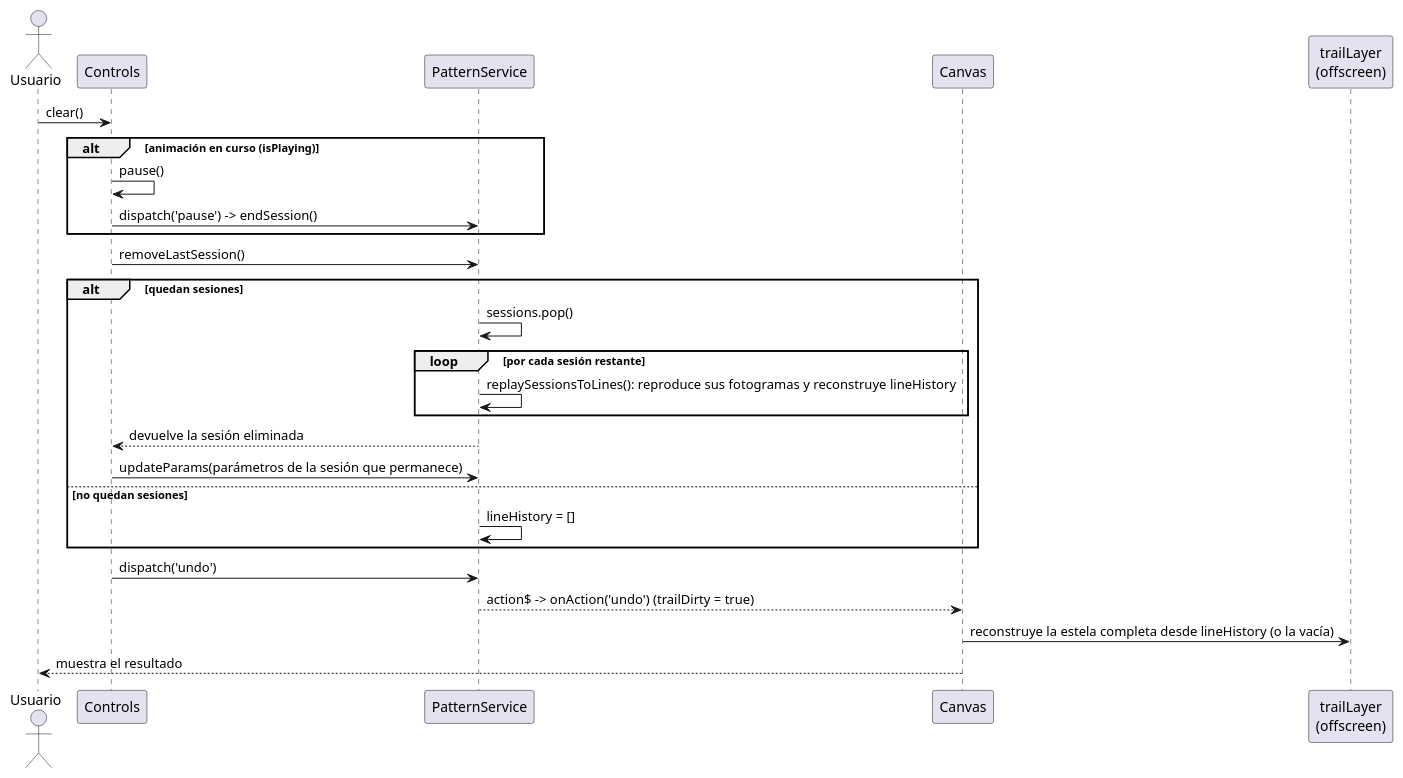
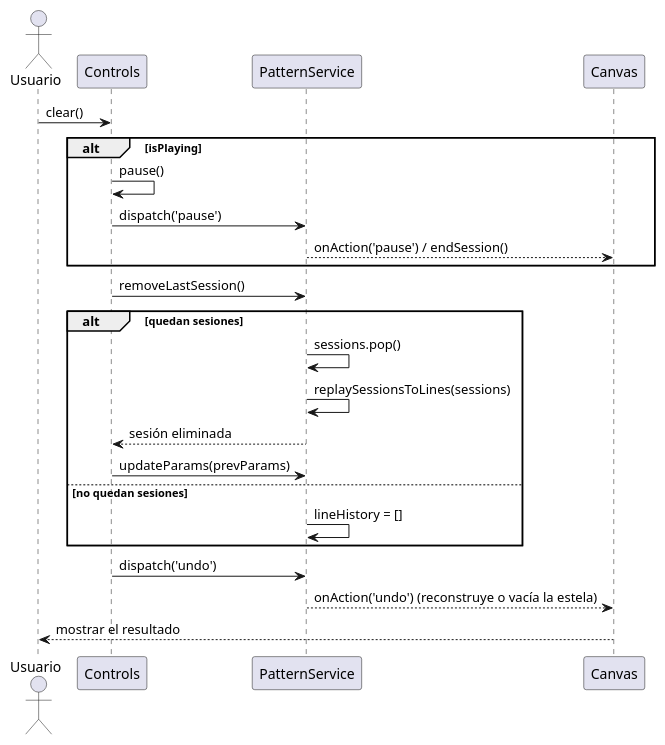
One commit to IgnacioMol/Epicycloid_generator changed the second of 4 diagrams in claude/memoria-cap5-diseno.md. Above: the diagram before and after it, drawn with PlantUML. The commit also changed other lines of this file and 1 other file, not shown here.

````diff
--- a/claude/memoria-cap5-diseno.md
+++ b/claude/memoria-cap5-diseno.md
@@ -129,34 +132,31 @@
 ```plantuml
 @startuml SecDeshacerSesion
 actor Usuario
 participant "Controls" as C
 participant "PatternService" as PS
 participant "Canvas" as CV
-participant "trailLayer\n(offscreen)" as TL
 
 Usuario -> C : clear()
 
-alt animación en curso (isPlaying)
+alt isPlaying
   C -> C : pause()
-  C -> PS : dispatch('pause') -> endSession()
+  C -> PS : dispatch('pause')
+  PS --> CV : onAction('pause') / endSession()
 end
 
 C -> PS : removeLastSession()
 
 alt quedan sesiones
   PS -> PS : sessions.pop()
-  loop por cada sesión restante
-    PS -> PS : replaySessionsToLines(): reproduce sus fotogramas y reconstruye lineHistory
-  end
-  PS --> C : devuelve la sesión eliminada
-  C -> PS : updateParams(parámetros de la sesión que permanece)
+  PS -> PS : replaySessionsToLines(sessions)
+  PS --> C : sesión eliminada
+  C -> PS : updateParams(prevParams)
 else no quedan sesiones
   PS -> PS : lineHistory = []
 end
 
 C -> PS : dispatch('undo')
-PS --> CV : action$ -> onAction('undo') (trailDirty = true)
-CV -> TL : reconstruye la estela completa desde lineHistory (o la vacía)
-CV --> Usuario : muestra el resultado
+PS --> CV : onAction('undo') (reconstruye o vacía la estela)
+CV --> Usuario : mostrar el resultado
 @enduml
 ```
````
